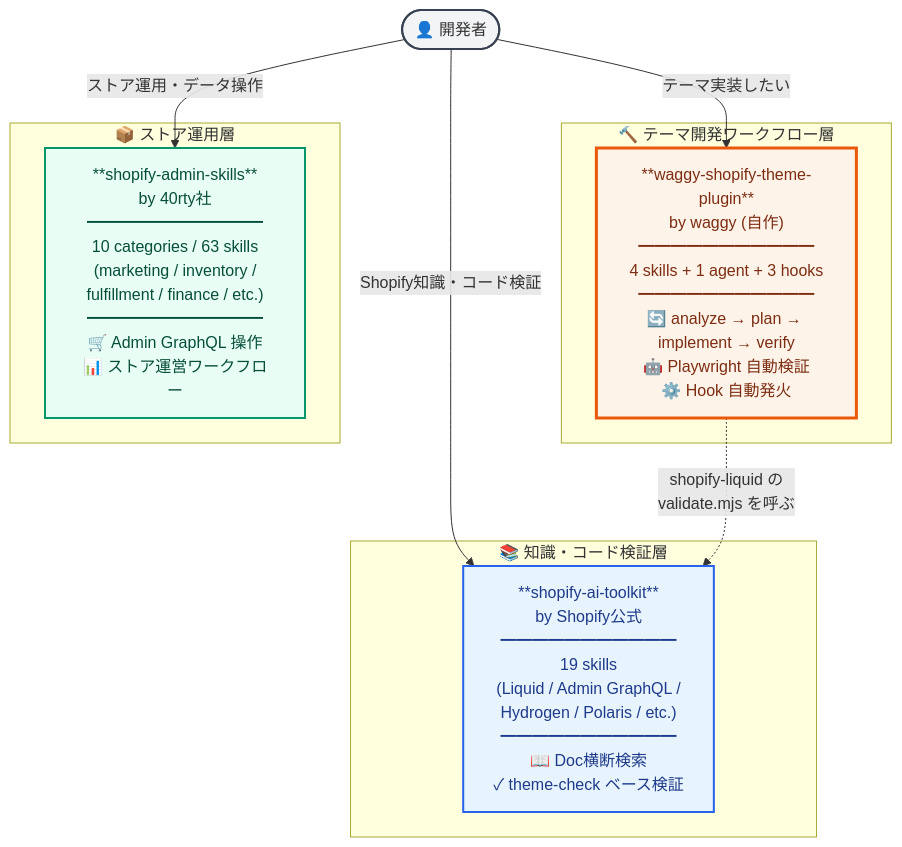
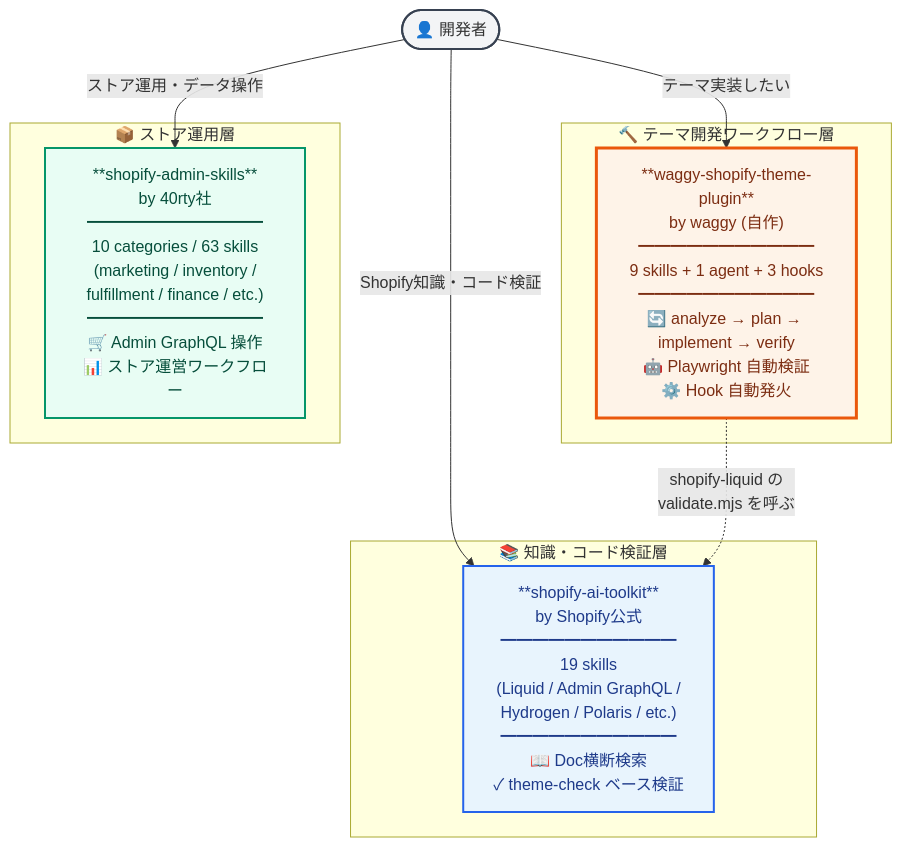
Before and after one commit to Hiromu-Private/waggy-shopify-theme-plugin: the first of 3 diagrams in docs/architecture.md, drawn with Mermaid. The commit also changed other lines of this file and 5 other files, not shown here.

````diff
--- a/docs/architecture.md
+++ b/docs/architecture.md
@@ -11,32 +11,32 @@
 ```mermaid
 graph TB
     User([👤 開発者])
 
     subgraph Knowledge["📚 知識・コード検証層"]
         AIToolkit["**shopify-ai-toolkit**<br/>by Shopify公式<br/>━━━━━━━━━━━<br/>19 skills<br/>(Liquid / Admin GraphQL /<br/>Hydrogen / Polaris / etc.)<br/>━━━━━━━━━━━<br/>📖 Doc横断検索<br/>✓ theme-check ベース検証"]
     end
 
     subgraph Workflow["🔨 テーマ開発ワークフロー層"]
-        Waggy["**waggy-shopify-theme-plugin**<br/>by waggy (自作)<br/>━━━━━━━━━━━<br/>4 skills + 1 agent + 3 hooks<br/>━━━━━━━━━━━<br/>🔄 analyze → plan → implement → verify<br/>🤖 Playwright 自動検証<br/>⚙️ Hook 自動発火"]
+        Waggy["**waggy-shopify-theme-plugin**<br/>by waggy (自作)<br/>━━━━━━━━━━━<br/>9 skills + 1 agent + 3 hooks<br/>━━━━━━━━━━━<br/>🔄 analyze → plan → implement → verify<br/>🤖 Playwright 自動検証<br/>⚙️ Hook 自動発火"]
     end
 
     subgraph Operation["📦 ストア運用層"]
         Admin["**shopify-admin-skills**<br/>by 40rty社<br/>━━━━━━━━━━━<br/>10 categories / 63 skills<br/>(marketing / inventory /<br/>fulfillment / finance / etc.)<br/>━━━━━━━━━━━<br/>🛒 Admin GraphQL 操作<br/>📊 ストア運営ワークフロー"]
     end
 
     User -->|"テーマ実装したい"| Waggy
     User -->|"Shopify知識・コード検証"| AIToolkit
     User -->|"ストア運用・データ操作"| Admin
 
     Waggy -.->|"shopify-liquid の<br/>validate.mjs を呼ぶ"| AIToolkit
 
     classDef knowledgeBox fill:#e8f4fd,stroke:#2563eb,stroke-width:2px,color:#1e3a8a
     classDef workflowBox fill:#fef3e8,stroke:#ea580c,stroke-width:3px,color:#7c2d12
     classDef operationBox fill:#e8fdf4,stroke:#059669,stroke-width:2px,color:#064e3b
     classDef userBox fill:#f3f4f6,stroke:#374151,stroke-width:2px
 
     class AIToolkit knowledgeBox
     class Waggy workflowBox
     class Admin operationBox
     class User userBox
 ```
````
